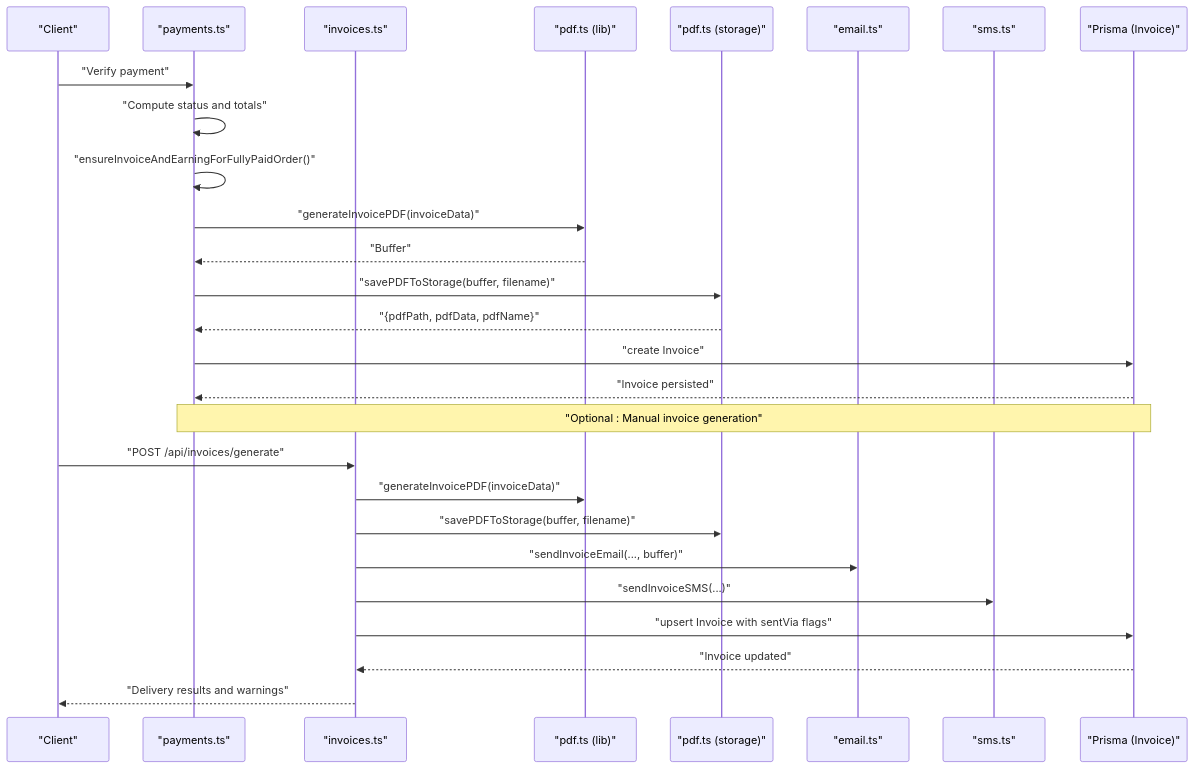
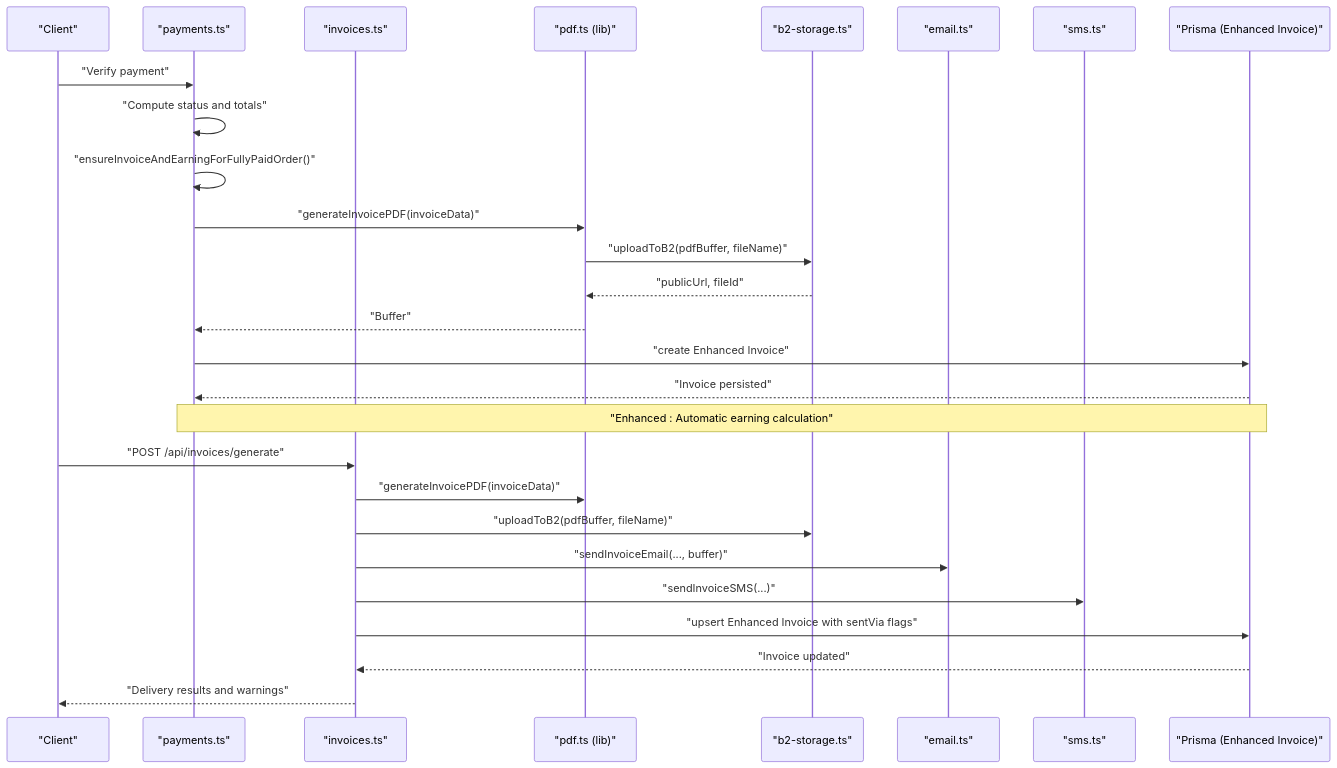
The second of 10 diagrams in .qoder/repowiki/en/content/Document Generation/Document Generation.md (Dequeue-Tech/DeQ-Bite), drawn with Mermaid before and after one commit. The commit also changed other lines of this file and 8 other files, not shown here.

````diff
--- a/.qoder/repowiki/en/content/Document Generation/Document Generation.md
+++ b/.qoder/repowiki/en/content/Document Generation/Document Generation.md
@@ -139,29 +156,29 @@
 ```mermaid
 sequenceDiagram
 participant Client as "Client"
 participant Payments as "payments.ts"
 participant InvoiceRoute as "invoices.ts"
 participant PDFLib as "pdf.ts (lib)"
-participant Storage as "pdf.ts (storage)"
+participant B2Storage as "b2-storage.ts"
 participant Email as "email.ts"
 participant SMSService as "sms.ts"
-participant DB as "Prisma (Invoice)"
+participant DB as "Prisma (Enhanced Invoice)"
 Client->>Payments : "Verify payment"
 Payments->>Payments : "Compute status and totals"
 Payments->>Payments : "ensureInvoiceAndEarningForFullyPaidOrder()"
 Payments->>PDFLib : "generateInvoicePDF(invoiceData)"
+PDFLib->>B2Storage : "uploadToB2(pdfBuffer, fileName)"
+B2Storage-->>PDFLib : "publicUrl, fileId"
 PDFLib-->>Payments : "Buffer"
-Payments->>Storage : "savePDFToStorage(buffer, filename)"
-Storage-->>Payments : "{pdfPath, pdfData, pdfName}"
-Payments->>DB : "create Invoice"
+Payments->>DB : "create Enhanced Invoice"
 DB-->>Payments : "Invoice persisted"
-Note over Payments,DB : "Optional : Manual invoice generation"
+Note over Payments,DB : "Enhanced : Automatic earning calculation"
 Client->>InvoiceRoute : "POST /api/invoices/generate"
 InvoiceRoute->>PDFLib : "generateInvoicePDF(invoiceData)"
-InvoiceRoute->>Storage : "savePDFToStorage(buffer, filename)"
+InvoiceRoute->>B2Storage : "uploadToB2(pdfBuffer, fileName)"
 InvoiceRoute->>Email : "sendInvoiceEmail(..., buffer)"
 InvoiceRoute->>SMSService : "sendInvoiceSMS(...)"
-InvoiceRoute->>DB : "upsert Invoice with sentVia flags"
+InvoiceRoute->>DB : "upsert Enhanced Invoice with sentVia flags"
 DB-->>InvoiceRoute : "Invoice updated"
 InvoiceRoute-->>Client : "Delivery results and warnings"
 ```
````
